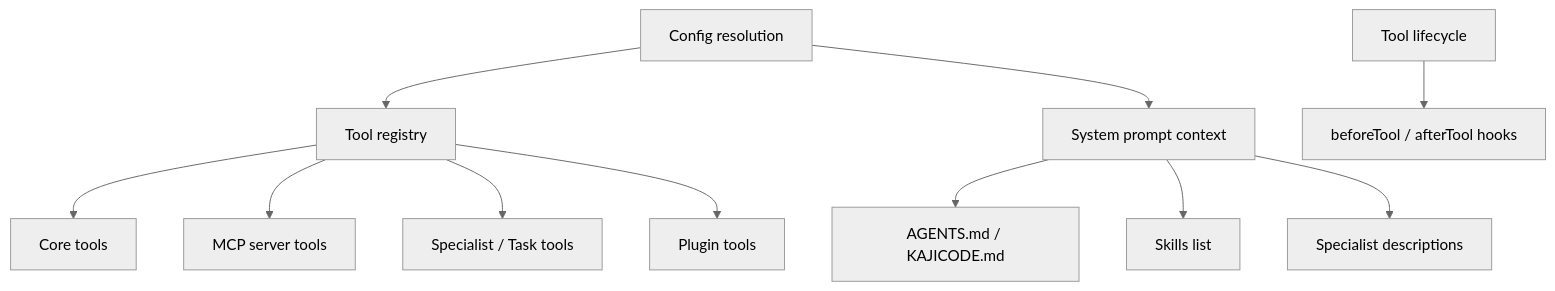
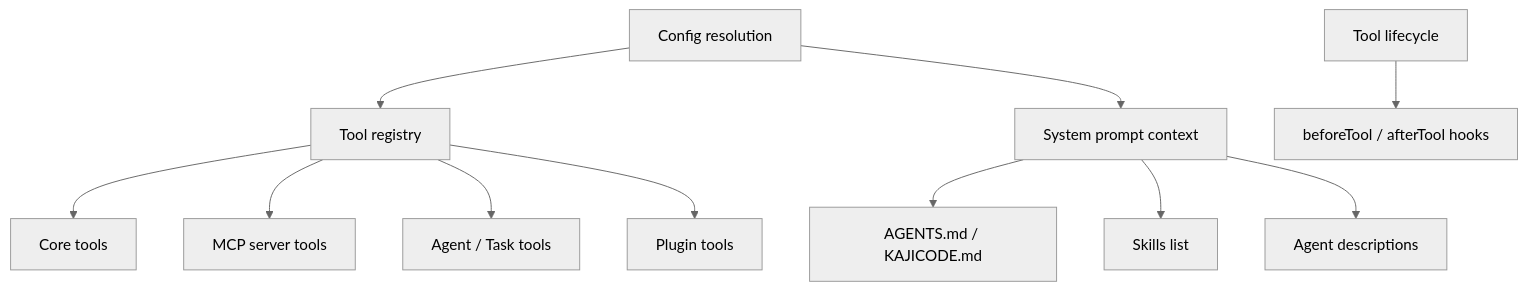
Diagram 15 of 16 in docs/HOW_KAJICODE_WORKS.md (dishant0406/KajiCode), drawn with Mermaid (neutral theme) before and after one commit. The commit also changed other lines of this file and 136 other files, not shown here.

````diff
--- a/docs/HOW_KAJICODE_WORKS.md
+++ b/docs/HOW_KAJICODE_WORKS.md
@@ -842,15 +842,15 @@
 ```mermaid
 flowchart TD
     Config[Config resolution] --> Registry[Tool registry]
     Registry --> Core[Core tools]
     Registry --> MCP[MCP server tools]
-    Registry --> Specialist[Specialist / Task tools]
+    Registry --> Agents[Agent / Task tools]
     Registry --> Plugin[Plugin tools]
 
     Config --> Prompt[System prompt context]
     Prompt --> Guidelines[AGENTS.md / KAJICODE.md]
     Prompt --> Skills[Skills list]
-    Prompt --> SpecialistContext[Specialist descriptions]
+    Prompt --> AgentContext[Agent descriptions]
 
     ToolLifecycle[Tool lifecycle] --> Hooks[beforeTool / afterTool hooks]
 ```
````
